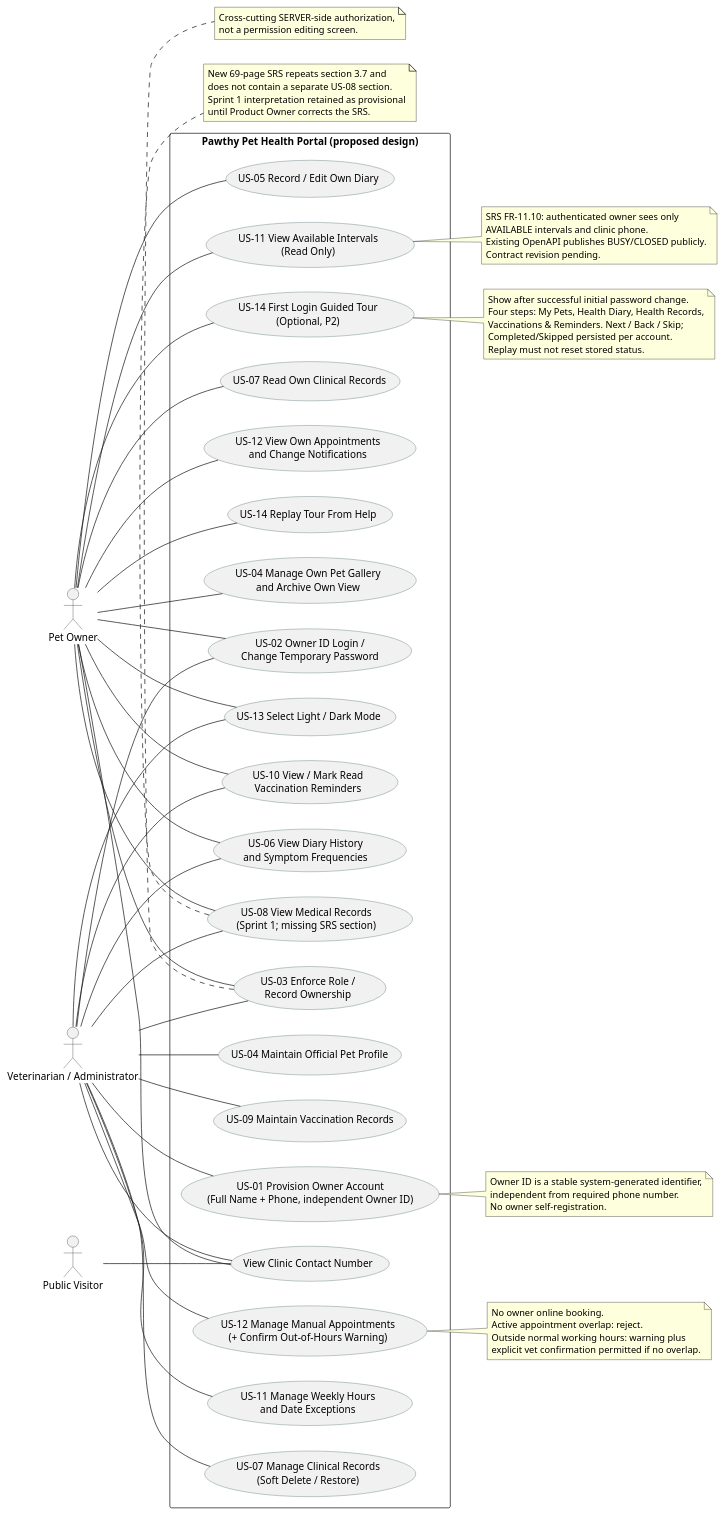
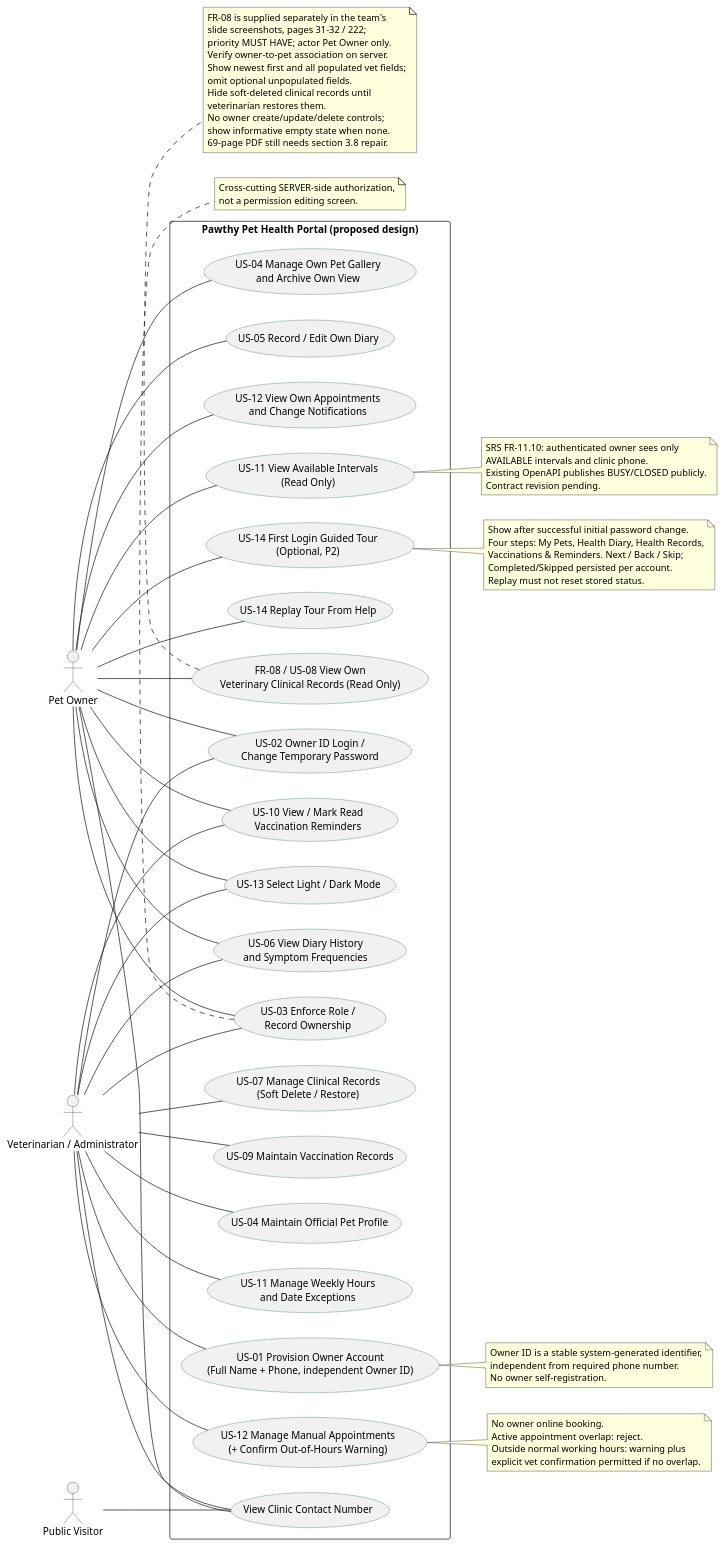
One commit to Efesen10/Pawthy changed the diagram in docs/uml-diagrams/use-cases.puml. Above: the diagram before and after it, drawn with PlantUML.

Commit message:
docs(uml): replace provisional US-08 with confirmed FR-08 owner clinical record view

```diff
--- a/docs/uml-diagrams/use-cases.puml
+++ b/docs/uml-diagrams/use-cases.puml
@@ -1,97 +1,101 @@
 @startuml Pawthy_Use_Cases_Sprint2_SRS_20261120
 left to right direction
 skinparam packageStyle rectangle
 skinparam usecaseBorderColor #45676A
 skinparam actorBorderColor #333333
 
 actor "Pet Owner" as Owner
 actor "Veterinarian / Administrator" as Vet
 actor "Public Visitor" as Public
 
 rectangle "Pawthy Pet Health Portal (proposed design)" {
  usecase "US-01 Provision Owner Account\n(Full Name + Phone, independent Owner ID)" as UC01
  usecase "US-02 Owner ID Login /\nChange Temporary Password" as UC02
  usecase "US-03 Enforce Role /\nRecord Ownership" as UC03
  usecase "US-04 Maintain Official Pet Profile" as UC04
  usecase "US-04 Manage Own Pet Gallery\nand Archive Own View" as UC04O
  usecase "US-05 Record / Edit Own Diary" as UC05
  usecase "US-06 View Diary History\nand Symptom Frequencies" as UC06
  usecase "US-07 Manage Clinical Records\n(Soft Delete / Restore)" as UC07
- usecase "US-07 Read Own Clinical Records" as UC07O
- usecase "US-08 View Medical Records\n(Sprint 1; missing SRS section)" as UC08
+ usecase "FR-08 / US-08 View Own\nVeterinary Clinical Records (Read Only)" as UC08
  usecase "US-09 Maintain Vaccination Records" as UC09
  usecase "US-10 View / Mark Read\nVaccination Reminders" as UC10
  usecase "US-11 Manage Weekly Hours\nand Date Exceptions" as UC11V
  usecase "US-11 View Available Intervals\n(Read Only)" as UC11O
  usecase "US-12 Manage Manual Appointments\n(+ Confirm Out-of-Hours Warning)" as UC12V
  usecase "US-12 View Own Appointments\nand Change Notifications" as UC12O
  usecase "US-13 Select Light / Dark Mode" as UC13
  usecase "US-14 First Login Guided Tour\n(Optional, P2)" as UC14
  usecase "US-14 Replay Tour From Help" as UC14R
  usecase "View Clinic Contact Number" as UCC
 }
 
 Vet -- UC01
 Vet -- UC02
 Owner -- UC02
 Vet -- UC03
 Owner -- UC03
 Vet -- UC04
 Owner -- UC04O
 Owner -- UC05
 Owner -- UC06
 Vet -- UC06
 Vet -- UC07
-Owner -- UC07O
 Owner -- UC08
-Vet -- UC08
 Vet -- UC09
 Owner -- UC10
 Vet -- UC10
 Vet -- UC11V
 Owner -- UC11O
 Vet -- UC12V
 Owner -- UC12O
 Owner -- UC13
 Vet -- UC13
 Owner -- UC14
 Owner -- UC14R
 Owner -- UCC
 Vet -- UCC
 Public -- UCC
 
 note right of UC01
  Owner ID is a stable system-generated identifier,
  independent from required phone number.
  No owner self-registration.
 end note
 note right of UC11O
  SRS FR-11.10: authenticated owner sees only
  AVAILABLE intervals and clinic phone.
  Existing OpenAPI publishes BUSY/CLOSED publicly.
  Contract revision pending.
 end note
 note right of UC12V
  No owner online booking.
  Active appointment overlap: reject.
  Outside normal working hours: warning plus
  explicit vet confirmation permitted if no overlap.
 end note
 note right of UC14
  Show after successful initial password change.
  Four steps: My Pets, Health Diary, Health Records,
  Vaccinations & Reminders. Next / Back / Skip;
  Completed/Skipped persisted per account.
  Replay must not reset stored status.
 end note
 note bottom of UC08
- New 69-page SRS repeats section 3.7 and
- does not contain a separate US-08 section.
- Sprint 1 interpretation retained as provisional
- until Product Owner corrects the SRS.
+ FR-08 is supplied separately in the team's
+ slide screenshots, pages 31-32 / 222;
+ priority MUST HAVE; actor Pet Owner only.
+ Verify owner-to-pet association on server.
+ Show newest first and all populated vet fields;
+ omit optional unpopulated fields.
+ Hide soft-deleted clinical records until
+ veterinarian restores them.
+ No owner create/update/delete controls;
+ show informative empty state when none.
+ 69-page PDF still needs section 3.8 repair.
 end note
 note bottom of UC03
  Cross-cutting SERVER-side authorization,
  not a permission editing screen.
 end note
 @enduml
```
